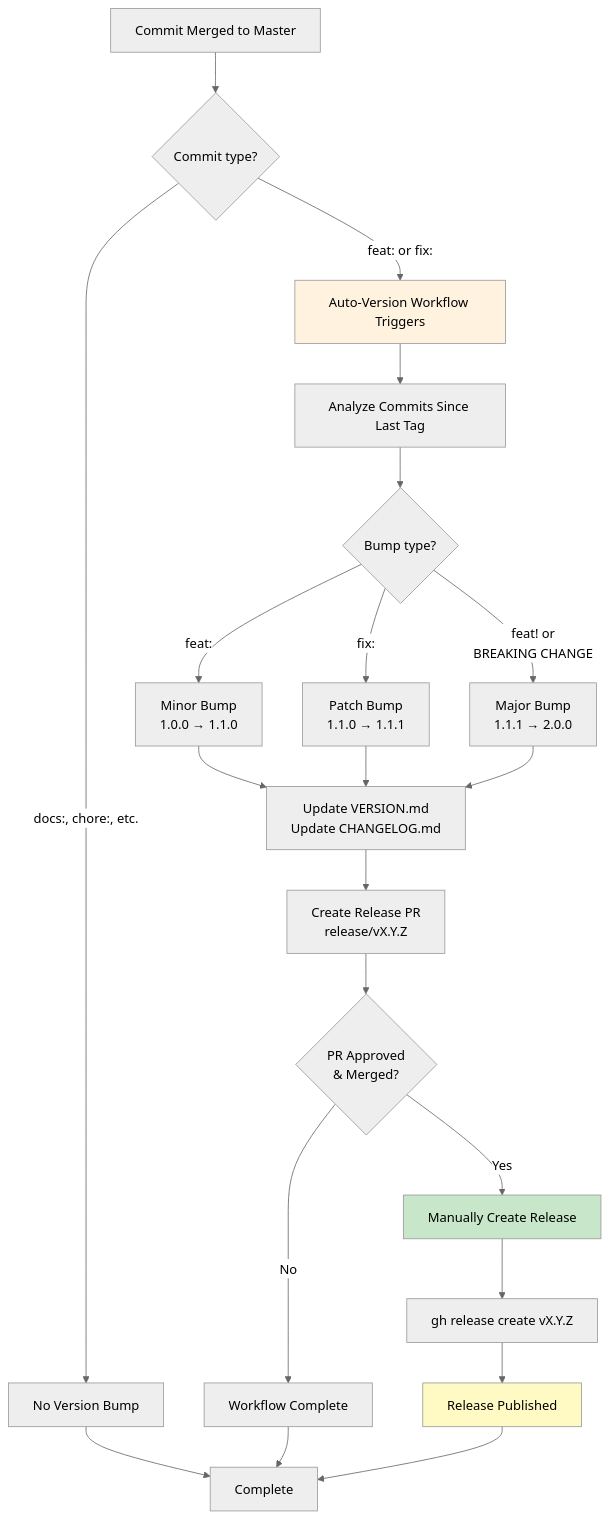
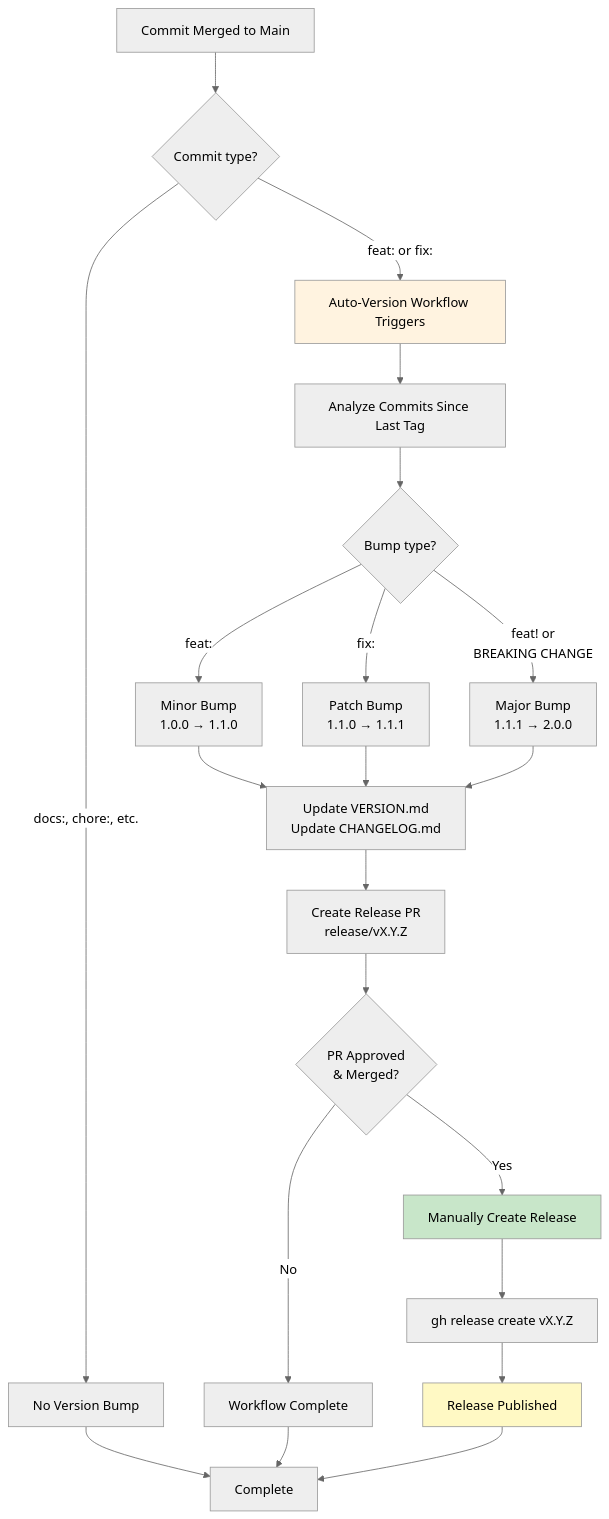
Before and after one commit to jonathan-vella/azure-agentic-infraops-workshop: the fourth of 4 diagrams in docs/guides/development-workflow.md, drawn with Mermaid. The commit also changed other lines of this file and 9 other files, not shown here.

First line of the commit message:
chore: rename master branch to main

````diff
--- a/docs/guides/development-workflow.md
+++ b/docs/guides/development-workflow.md
@@ -348,36 +348,36 @@
 ```mermaid
 %%{init: {'theme':'neutral'}}%%
 flowchart TD
-    A[Commit Merged to Master] --> B{Commit type?}
+    A[Commit Merged to Main] --> B{Commit type?}
 
     B -->|feat: or fix:| C[Auto-Version Workflow Triggers]
     B -->|docs:, chore:, etc.| D[No Version Bump]
 
     C --> E[Analyze Commits Since Last Tag]
     E --> F{Bump type?}
 
     F -->|feat:| G[Minor Bump<br/>1.0.0 → 1.1.0]
     F -->|fix:| H[Patch Bump<br/>1.1.0 → 1.1.1]
     F -->|feat! or<br/>BREAKING CHANGE| I[Major Bump<br/>1.1.1 → 2.0.0]
 
     G --> J[Update VERSION.md<br/>Update CHANGELOG.md]
     H --> J
     I --> J
 
     J --> K[Create Release PR<br/>release/vX.Y.Z]
     K --> L{PR Approved<br/>& Merged?}
 
     L -->|Yes| M[Manually Create Release]
     L -->|No| N[Workflow Complete]
 
     M --> O[gh release create vX.Y.Z]
     O --> P[Release Published]
 
     D --> Q[Complete]
     N --> Q
     P --> Q
 
     style C fill:#fff3e0
     style M fill:#c8e6c9
     style P fill:#fff9c4
 ```
````
